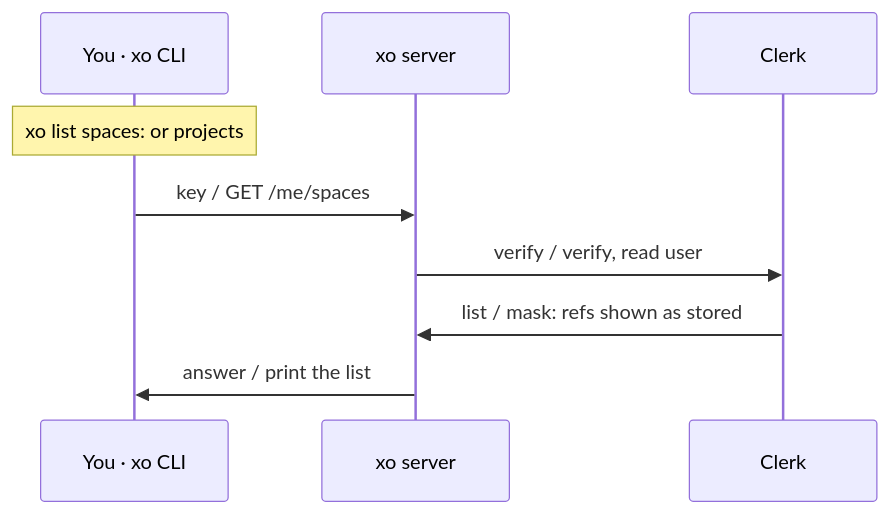
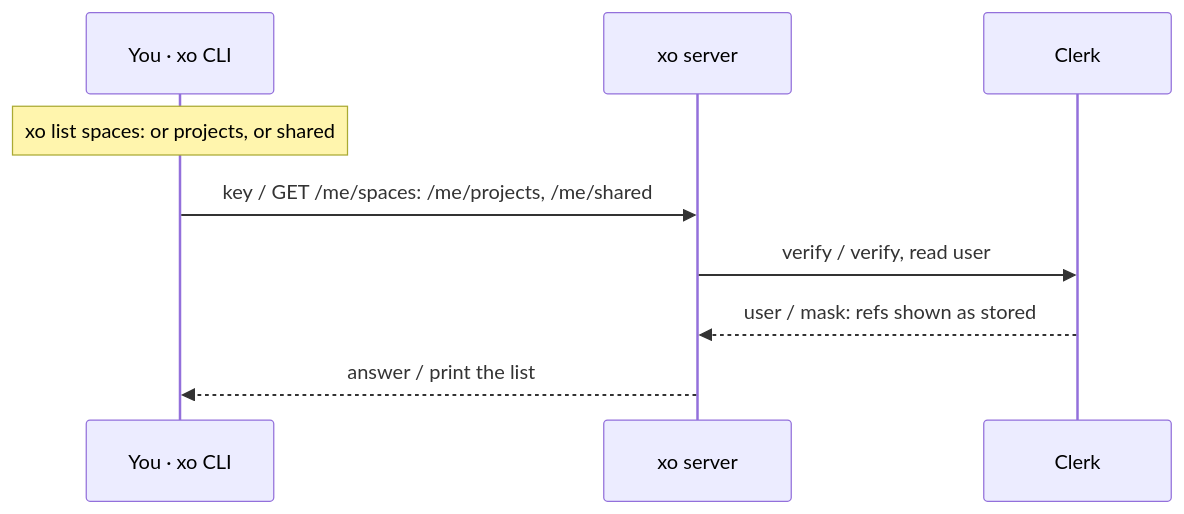
One commit to quirq-ai/xo changed diagram 16 of 32 in docs/architecture.md. Above: the diagram before and after it, drawn with Mermaid. The commit also changed other lines of this file and 10 other files, not shown here.

First line of the commit message:
xo create and architecture: audit fixes on top of #35 and #36

````diff
--- a/docs/architecture.md
+++ b/docs/architecture.md
@@ -336,11 +363,11 @@
 ```mermaid
 sequenceDiagram
   participant Cli as You · xo CLI
   participant Srv as xo server
   participant Clerk as Clerk
-  Note over Cli: xo list spaces: or projects
-  Cli->>Srv: key / GET /me/spaces
+  Note over Cli: xo list spaces: or projects, or shared
+  Cli->>Srv: key / GET /me/spaces: /me/projects, /me/shared
   Srv->>Clerk: verify / verify, read user
-  Clerk->>Srv: list / mask: refs shown as stored
-  Srv->>Cli: answer / print the list
+  Clerk-->>Srv: user / mask: refs shown as stored
+  Srv-->>Cli: answer / print the list
 ```
````
